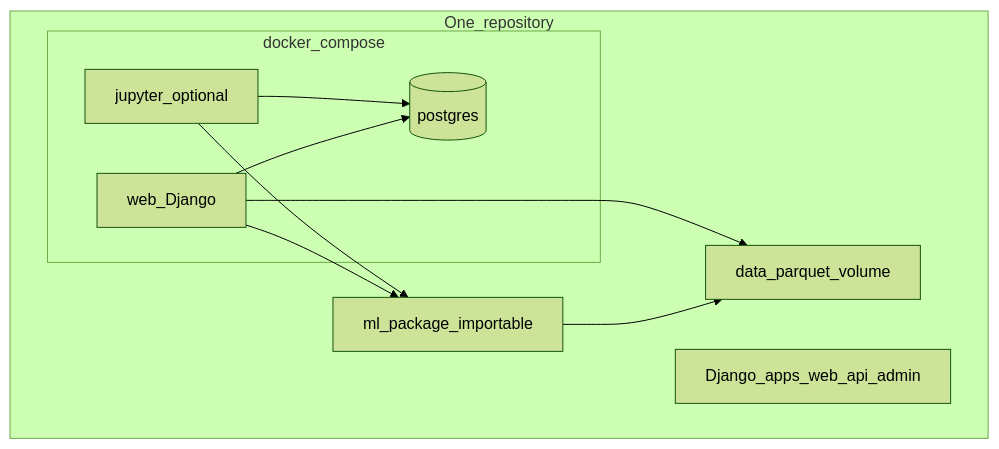
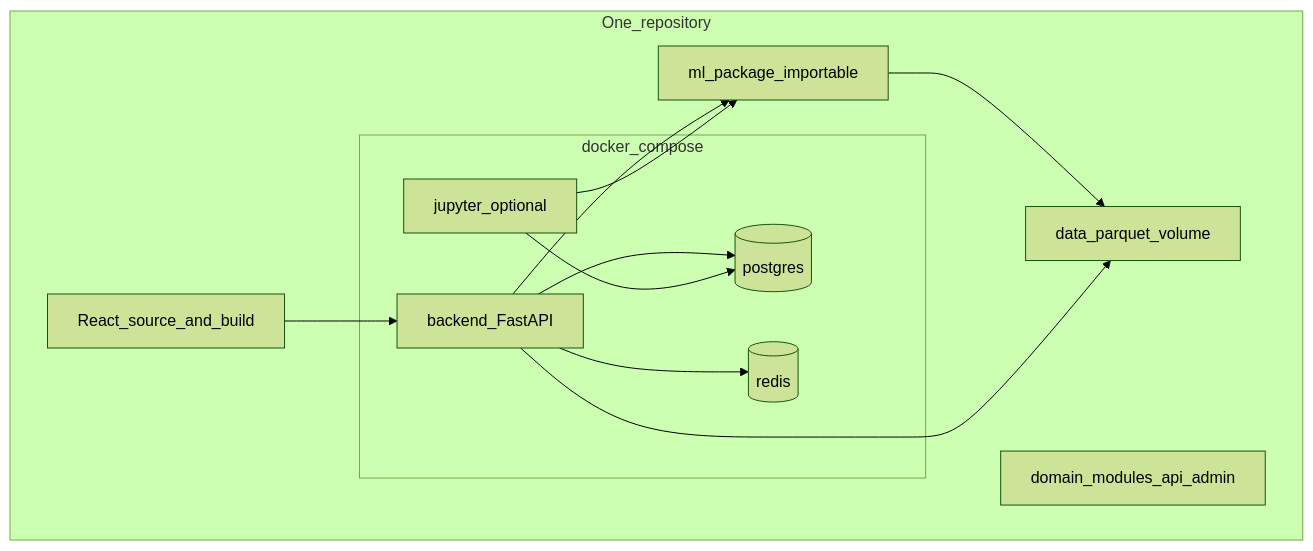
Before and after one commit to Lilya-te/barko-docs: the first of 2 diagrams in wiki/concepts/research-data-app.md, drawn with Mermaid (forest theme). The commit also changed other lines of this file and 54 other files, not shown here.

````diff
--- a/wiki/concepts/research-data-app.md
+++ b/wiki/concepts/research-data-app.md
@@ -26,19 +28,23 @@
 ```mermaid
 flowchart TB
   subgraph repo [One_repository]
+    frontend[React_source_and_build]
     subgraph compose [docker_compose]
-      web[web_Django]
+      backend[backend_FastAPI]
       db[(postgres)]
+      redis[(redis)]
       jupyter[jupyter_optional]
     end
-    apps[Django_apps_web_api_admin]
+    domains[domain_modules_api_admin]
     mlpkg[ml_package_importable]
     data[data_parquet_volume]
   end
-  web --> db
+  frontend --> backend
+  backend --> db
+  backend --> redis
   jupyter --> db
-  web --> mlpkg
+  backend --> mlpkg
   jupyter --> mlpkg
   mlpkg --> data
-  web --> data
+  backend --> data
 ```
````
